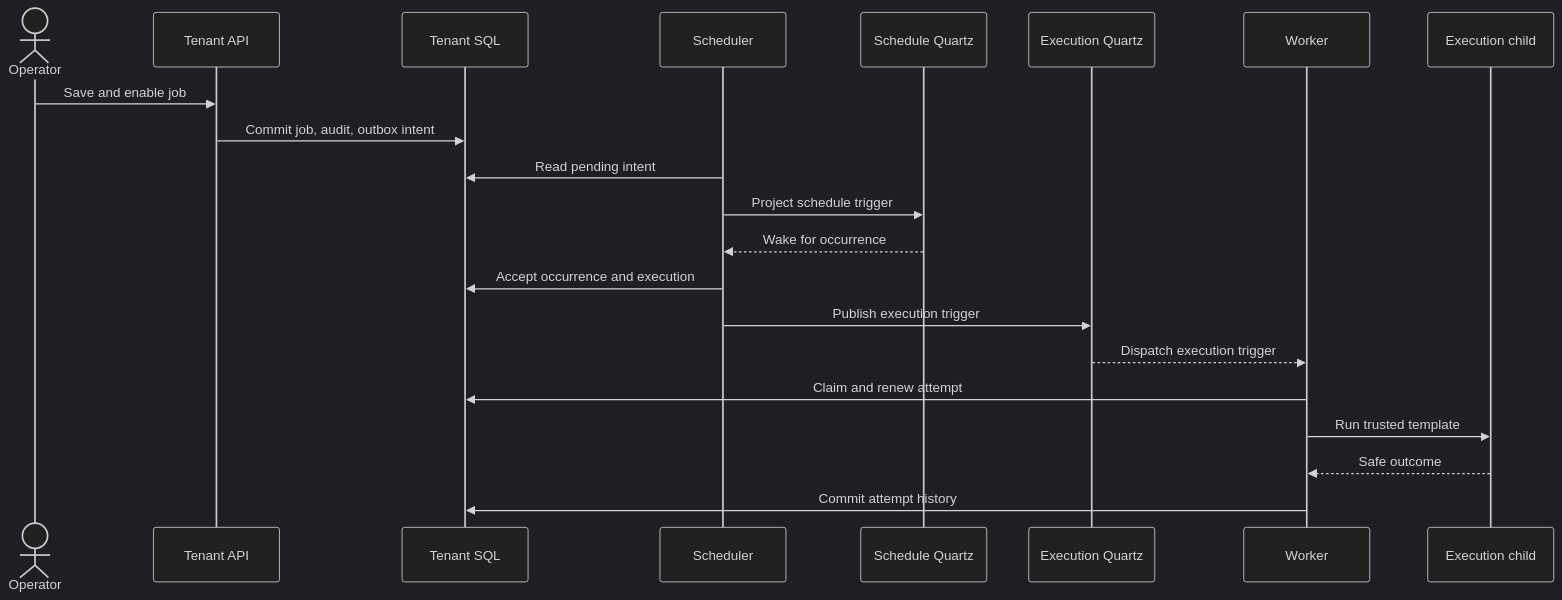
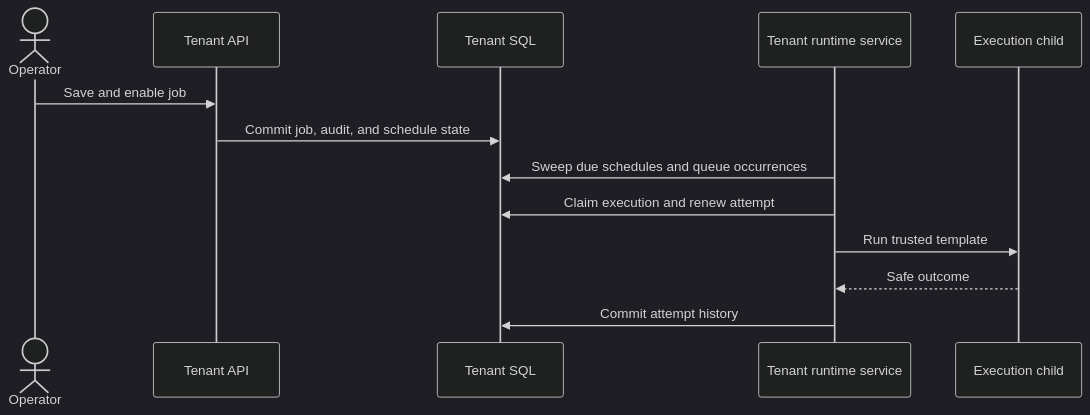
The diagram in docs/reference/scheduling.md (brunofreitasv/WorkerDock), drawn with Mermaid (dark theme) before and after one commit. The commit also changed other lines of this file and 46 other files, not shown here.

Commit message:
docs: describe single-node tenant runtime

````diff
--- a/docs/reference/scheduling.md
+++ b/docs/reference/scheduling.md
@@ -5,23 +5,15 @@
 ```mermaid
 sequenceDiagram
     actor Operator
     participant API as Tenant API
     participant DB as Tenant SQL
-    participant Scheduler
-    participant ScheduleQuartz as Schedule Quartz
-    participant ExecuteQuartz as Execution Quartz
-    participant Worker
+    participant Runtime as Tenant runtime service
     participant Child as Execution child
     Operator->>API: Save and enable job
-    API->>DB: Commit job, audit, outbox intent
-    Scheduler->>DB: Read pending intent
-    Scheduler->>ScheduleQuartz: Project schedule trigger
-    ScheduleQuartz-->>Scheduler: Wake for occurrence
-    Scheduler->>DB: Accept occurrence and execution
-    Scheduler->>ExecuteQuartz: Publish execution trigger
-    ExecuteQuartz-->>Worker: Dispatch execution trigger
-    Worker->>DB: Claim and renew attempt
-    Worker->>Child: Run trusted template
-    Child-->>Worker: Safe outcome
-    Worker->>DB: Commit attempt history
+    API->>DB: Commit job, audit, and schedule state
+    Runtime->>DB: Sweep due schedules and queue occurrences
+    Runtime->>DB: Claim execution and renew attempt
+    Runtime->>Child: Run trusted template
+    Child-->>Runtime: Safe outcome
+    Runtime->>DB: Commit attempt history
 ```
````
